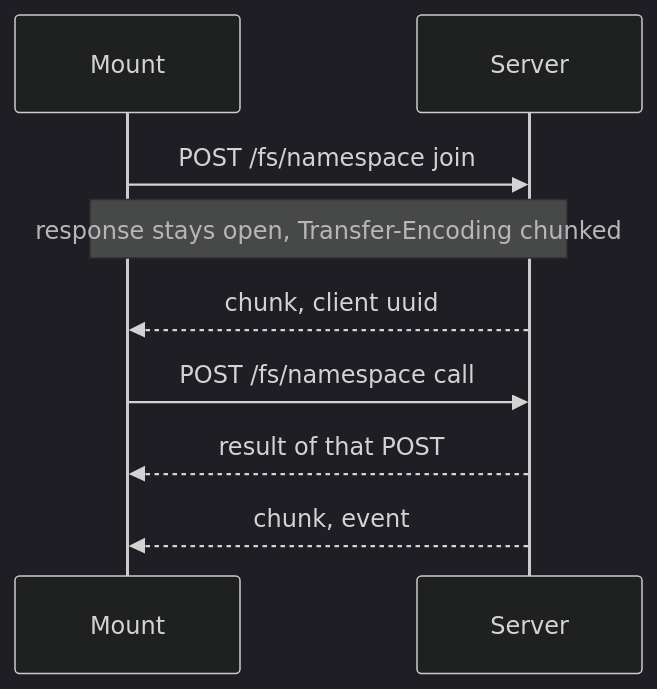
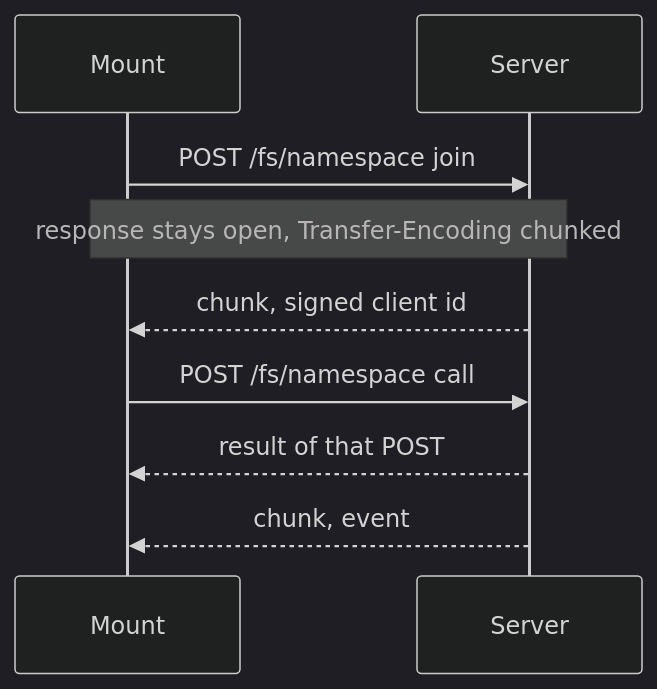
The second of 4 diagrams in SPEC.md (jadmadi/fs-relay), drawn with Mermaid (dark theme) before and after one commit. The commit also changed other lines of this file and 24 other files, not shown here.

````diff
--- a/SPEC.md
+++ b/SPEC.md
@@ -44,11 +54,11 @@
 ```mermaid
 sequenceDiagram
     participant Mount
     participant Server
     Mount->>Server: POST /fs/namespace join
     Note over Server,Mount: response stays open, Transfer-Encoding chunked
-    Server-->>Mount: chunk, client uuid
+    Server-->>Mount: chunk, signed client id
     Mount->>Server: POST /fs/namespace call
     Server-->>Mount: result of that POST
     Server-->>Mount: chunk, event
 ```
````
